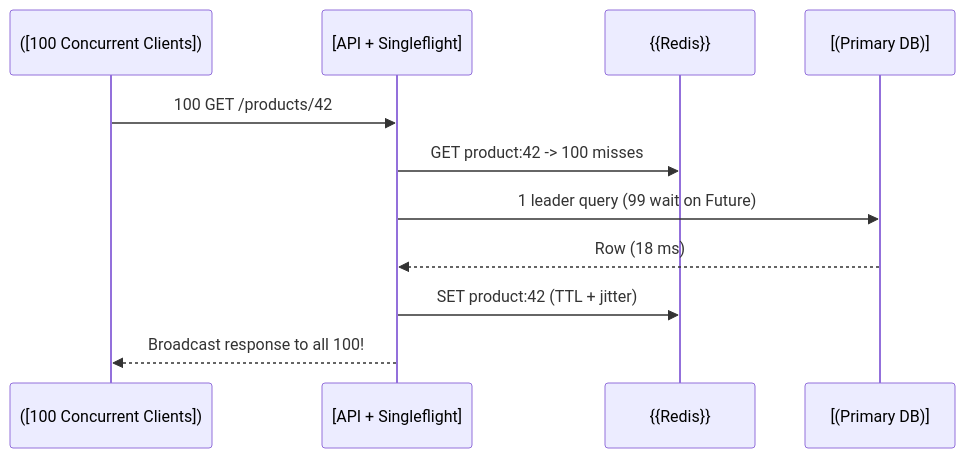
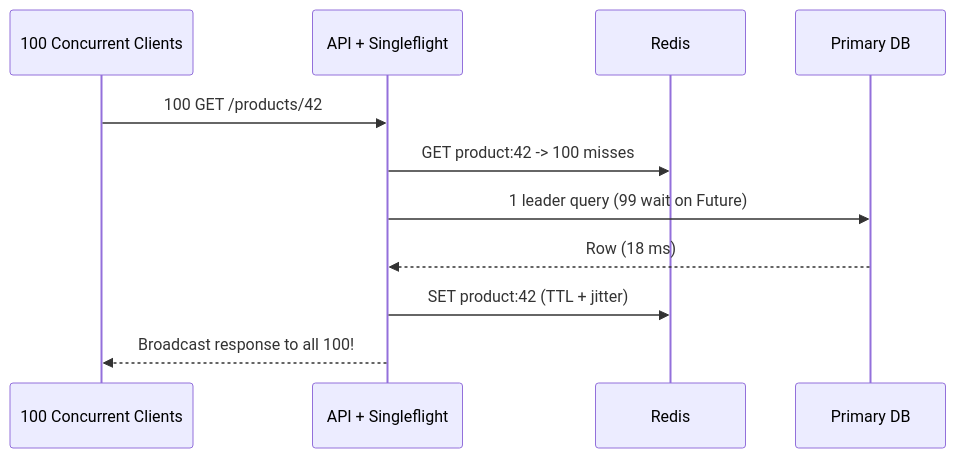
Before and after one commit to stack-shade/courses: the diagram in courses/system-design/slides/17-cache-failure-modes.md, drawn with Mermaid. The commit also changed 65 other files, not shown here.

Commit message:
Animate all 40 visuals, embed live sims inline, and fix/retheme all Mermaid diagrams

````diff
--- a/courses/system-design/slides/17-cache-failure-modes.md
+++ b/courses/system-design/slides/17-cache-failure-modes.md
@@ -35,13 +35,13 @@
 ```mermaid
 sequenceDiagram
-  participant C as ([100 Concurrent Clients])
-  participant API as [API + Singleflight]
-  participant R as {{Redis}}
-  participant DB as [(Primary DB)]
+  participant C as 100 Concurrent Clients
+  participant API as API + Singleflight
+  participant R as Redis
+  participant DB as Primary DB
   C->>API: 100 GET /products/42
   API->>R: GET product:42 -> 100 misses
   API->>DB: 1 leader query (99 wait on Future)
   DB-->>API: Row (18 ms)
   API->>R: SET product:42 (TTL + jitter)
   API-->>C: Broadcast response to all 100!
 ```
````
